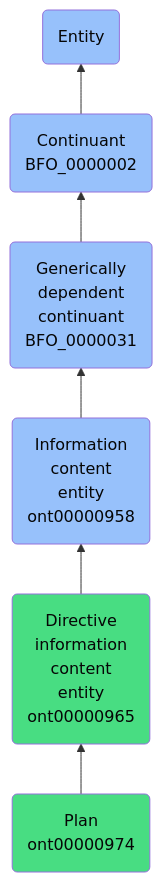
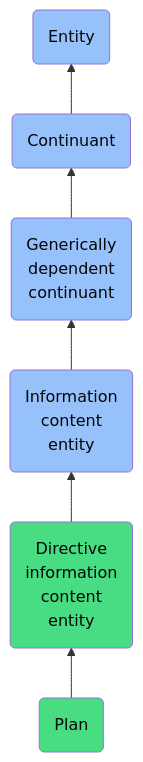
One commit to jupyter-naas/abi changed the diagram in docs/ontology/reference/model/Entity/Continuant/Generically dependent continuant/Information content entity/Directive information content entity/Plan/Plan.md. Above: the diagram before and after it, drawn with Mermaid. The commit also changed other lines of this file and 1430 other files, not shown here.

````diff
--- a/docs/ontology/reference/model/Entity/Continuant/Generically dependent continuant/Information content entity/Directive information content entity/Plan/Plan.md
+++ b/docs/ontology/reference/model/Entity/Continuant/Generically dependent continuant/Information content entity/Directive information content entity/Plan/Plan.md
@@ -24,13 +24,13 @@
 ```mermaid
 graph BT
-    ont00000974(Plan<br>ont00000974):::ABI-->ont00000965
-    ont00000965(Directive<br>information<br>content<br>entity<br>ont00000965):::ABI-->ont00000958
-    ont00000958(Information<br>content<br>entity<br>ont00000958):::BFO-->BFO_0000031
-    BFO_0000031(Generically<br>dependent<br>continuant<br>BFO_0000031):::BFO-->BFO_0000002
-    BFO_0000002(Continuant<br>BFO_0000002):::BFO-->BFO_0000001
+    ont00000974(Plan):::ABI-->ont00000965
+    ont00000965(Directive<br>information<br>content<br>entity):::ABI-->ont00000958
+    ont00000958(Information<br>content<br>entity):::BFO-->BFO_0000031
+    BFO_0000031(Generically<br>dependent<br>continuant):::BFO-->BFO_0000002
+    BFO_0000002(Continuant):::BFO-->BFO_0000001
     BFO_0000001(Entity):::BFO
     
     classDef BFO fill:#97c1fb,color:#060606
     classDef CCO fill:#e4c51e,color:#060606
     classDef ABI fill:#48DD82,color:#060606
 ```
````
